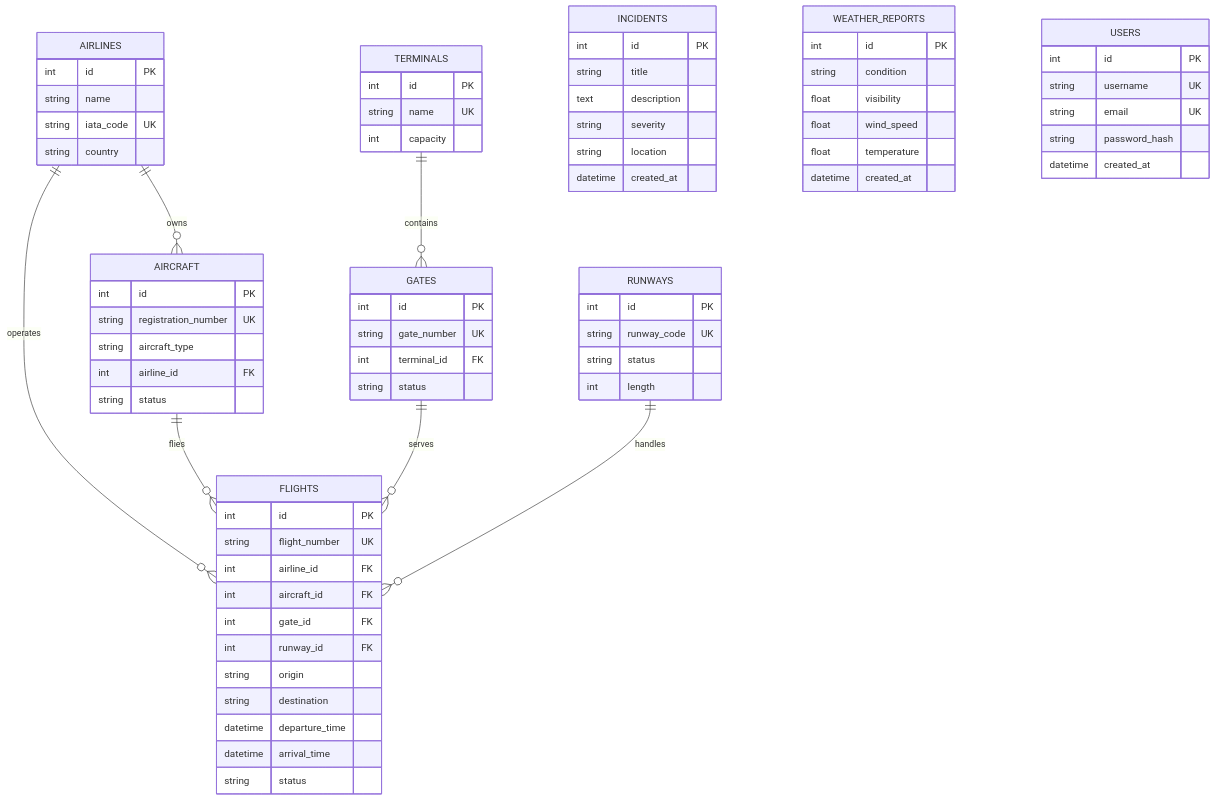
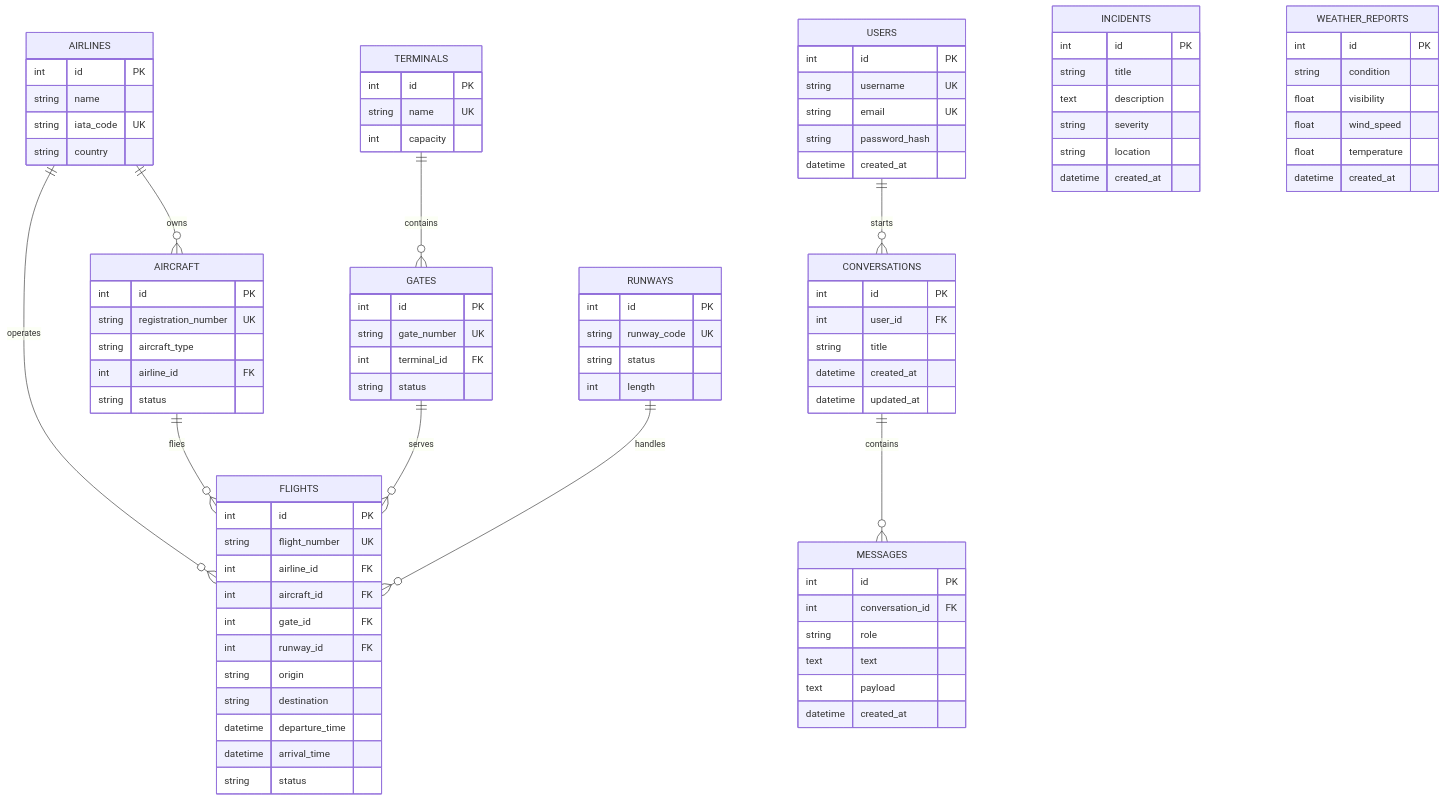
One commit to ellenhabash2/airport-operations-ai-agent changed the diagram in README.md. Above: the diagram before and after it, drawn with Mermaid. The commit also changed other lines of this file and 3 other files, not shown here.

````diff
--- a/README.md
+++ b/README.md
@@ -60,6 +62,8 @@
     TERMINALS ||--o{ GATES    : "contains"
     GATES     ||--o{ FLIGHTS  : "serves"
     RUNWAYS   ||--o{ FLIGHTS  : "handles"
+    USERS     ||--o{ CONVERSATIONS : "starts"
+    CONVERSATIONS ||--o{ MESSAGES : "contains"
 
     AIRLINES {
         int id PK
@@ -135,4 +139,21 @@
         string password_hash
         datetime created_at
     }
+
+    CONVERSATIONS {
+        int id PK
+        int user_id FK
+        string title
+        datetime created_at
+        datetime updated_at
+    }
+
+    MESSAGES {
+        int id PK
+        int conversation_id FK
+        string role
+        text text
+        text payload
+        datetime created_at
+    }
 ```
````
